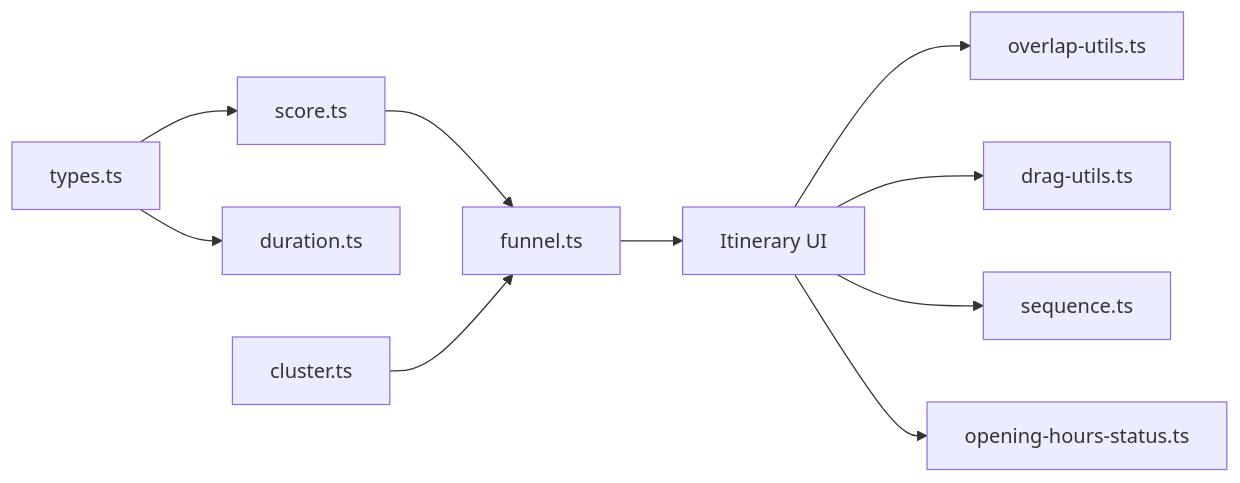
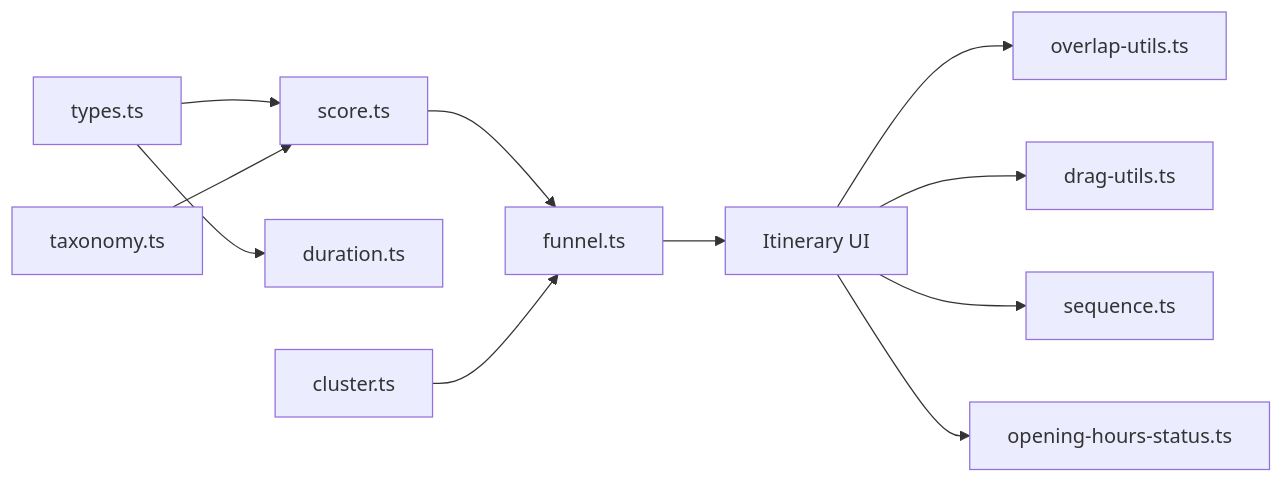
Before and after one commit to Meaetin/alibaba-hackathon: the ninth of 9 diagrams in .qoder/repowiki/en/content/Core Features/Itinerary Planning/AI-Powered Route Optimization.md, drawn with Mermaid. The commit also changed other lines of this file and 211 other files, not shown here.

````diff
--- a/.qoder/repowiki/en/content/Core Features/Itinerary Planning/AI-Powered Route Optimization.md
+++ b/.qoder/repowiki/en/content/Core Features/Itinerary Planning/AI-Powered Route Optimization.md
@@ -275,12 +307,13 @@
 ```mermaid
 graph LR
 Types["types.ts"] --> Score["score.ts"]
 Types --> Duration["duration.ts"]
+Taxonomy["taxonomy.ts"] --> Score
 Score --> Funnel["funnel.ts"]
 Cluster["cluster.ts"] --> Funnel
 Funnel --> UI["Itinerary UI"]
 UI --> Overlap["overlap-utils.ts"]
 UI --> Drag["drag-utils.ts"]
 UI --> Seq["sequence.ts"]
 UI --> OpenHrs["opening-hours-status.ts"]
 ```
````
